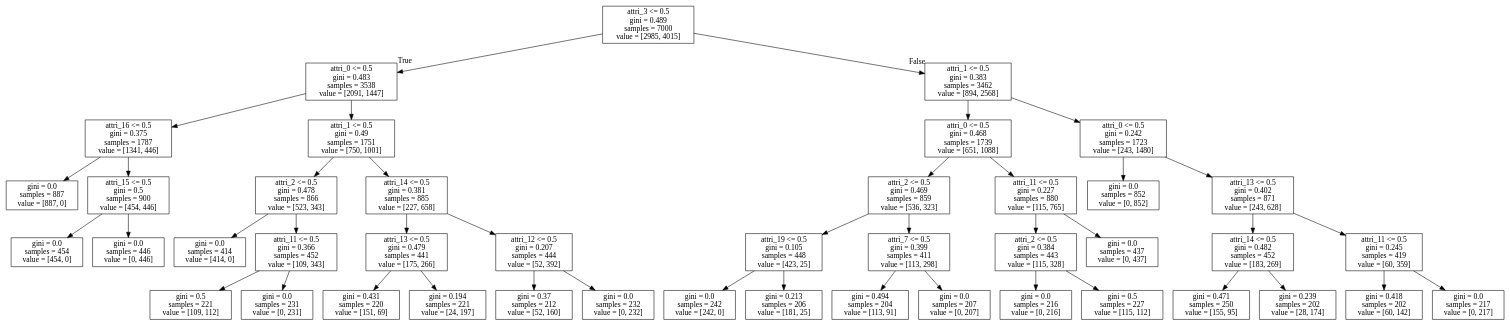
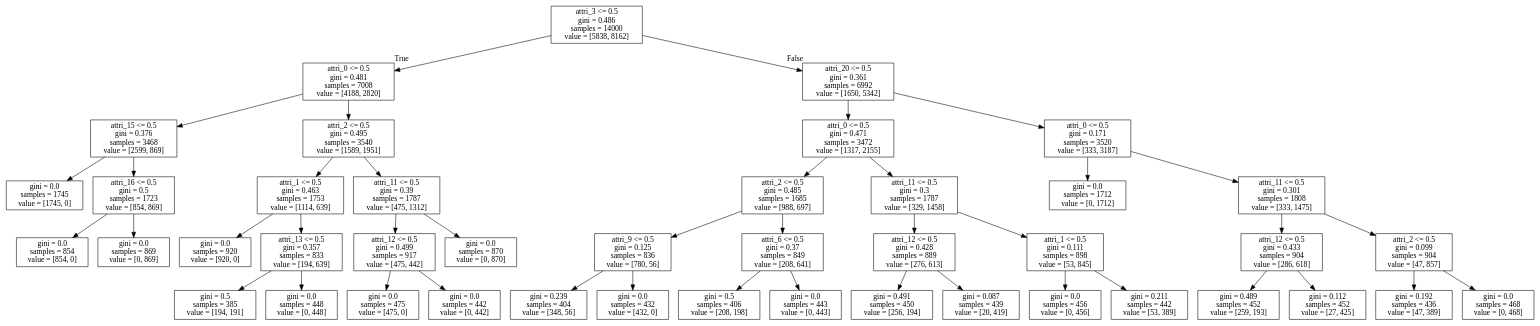
One commit to ElektrischesSchaf/Data_Mining_2019_Projects changed the diagram in Decision_Tree/models/decision_tree_depth5.dot. Above: the diagram before and after it, drawn with Graphviz. The commit also changed 5 other files, not shown here.

```diff
--- a/Decision_Tree/models/decision_tree_depth5.dot
+++ b/Decision_Tree/models/decision_tree_depth5.dot
@@ -1,88 +1,88 @@
 digraph Tree {
 node [shape=box] ;
-0 [label="attri_3 <= 0.5\ngini = 0.489\nsamples = 7000\nvalue = [2985, 4015]"] ;
-1 [label="attri_0 <= 0.5\ngini = 0.483\nsamples = 3538\nvalue = [2091, 1447]"] ;
+0 [label="attri_3 <= 0.5\ngini = 0.486\nsamples = 14000\nvalue = [5838, 8162]"] ;
+1 [label="attri_0 <= 0.5\ngini = 0.481\nsamples = 7008\nvalue = [4188, 2820]"] ;
 0 -> 1 [labeldistance=2.5, labelangle=45, headlabel="True"] ;
-2 [label="attri_16 <= 0.5\ngini = 0.375\nsamples = 1787\nvalue = [1341, 446]"] ;
+2 [label="attri_15 <= 0.5\ngini = 0.376\nsamples = 3468\nvalue = [2599, 869]"] ;
 1 -> 2 ;
-3 [label="gini = 0.0\nsamples = 887\nvalue = [887, 0]"] ;
+3 [label="gini = 0.0\nsamples = 1745\nvalue = [1745, 0]"] ;
 2 -> 3 ;
-4 [label="attri_15 <= 0.5\ngini = 0.5\nsamples = 900\nvalue = [454, 446]"] ;
+4 [label="attri_16 <= 0.5\ngini = 0.5\nsamples = 1723\nvalue = [854, 869]"] ;
 2 -> 4 ;
-5 [label="gini = 0.0\nsamples = 454\nvalue = [454, 0]"] ;
+5 [label="gini = 0.0\nsamples = 854\nvalue = [854, 0]"] ;
 4 -> 5 ;
-6 [label="gini = 0.0\nsamples = 446\nvalue = [0, 446]"] ;
+6 [label="gini = 0.0\nsamples = 869\nvalue = [0, 869]"] ;
 4 -> 6 ;
-7 [label="attri_1 <= 0.5\ngini = 0.49\nsamples = 1751\nvalue = [750, 1001]"] ;
+7 [label="attri_2 <= 0.5\ngini = 0.495\nsamples = 3540\nvalue = [1589, 1951]"] ;
 1 -> 7 ;
-8 [label="attri_2 <= 0.5\ngini = 0.478\nsamples = 866\nvalue = [523, 343]"] ;
+8 [label="attri_1 <= 0.5\ngini = 0.463\nsamples = 1753\nvalue = [1114, 639]"] ;
 7 -> 8 ;
-9 [label="gini = 0.0\nsamples = 414\nvalue = [414, 0]"] ;
+9 [label="gini = 0.0\nsamples = 920\nvalue = [920, 0]"] ;
 8 -> 9 ;
-10 [label="attri_11 <= 0.5\ngini = 0.366\nsamples = 452\nvalue = [109, 343]"] ;
+10 [label="attri_13 <= 0.5\ngini = 0.357\nsamples = 833\nvalue = [194, 639]"] ;
 8 -> 10 ;
-11 [label="gini = 0.5\nsamples = 221\nvalue = [109, 112]"] ;
+11 [label="gini = 0.5\nsamples = 385\nvalue = [194, 191]"] ;
 10 -> 11 ;
-12 [label="gini = 0.0\nsamples = 231\nvalue = [0, 231]"] ;
+12 [label="gini = 0.0\nsamples = 448\nvalue = [0, 448]"] ;
 10 -> 12 ;
-13 [label="attri_14 <= 0.5\ngini = 0.381\nsamples = 885\nvalue = [227, 658]"] ;
+13 [label="attri_11 <= 0.5\ngini = 0.39\nsamples = 1787\nvalue = [475, 1312]"] ;
 7 -> 13 ;
-14 [label="attri_13 <= 0.5\ngini = 0.479\nsamples = 441\nvalue = [175, 266]"] ;
+14 [label="attri_12 <= 0.5\ngini = 0.499\nsamples = 917\nvalue = [475, 442]"] ;
 13 -> 14 ;
-15 [label="gini = 0.431\nsamples = 220\nvalue = [151, 69]"] ;
+15 [label="gini = 0.0\nsamples = 475\nvalue = [475, 0]"] ;
 14 -> 15 ;
-16 [label="gini = 0.194\nsamples = 221\nvalue = [24, 197]"] ;
+16 [label="gini = 0.0\nsamples = 442\nvalue = [0, 442]"] ;
 14 -> 16 ;
-17 [label="attri_12 <= 0.5\ngini = 0.207\nsamples = 444\nvalue = [52, 392]"] ;
+17 [label="gini = 0.0\nsamples = 870\nvalue = [0, 870]"] ;
 13 -> 17 ;
-18 [label="gini = 0.37\nsamples = 212\nvalue = [52, 160]"] ;
-17 -> 18 ;
-19 [label="gini = 0.0\nsamples = 232\nvalue = [0, 232]"] ;
-17 -> 19 ;
-20 [label="attri_1 <= 0.5\ngini = 0.383\nsamples = 3462\nvalue = [894, 2568]"] ;
-0 -> 20 [labeldistance=2.5, labelangle=-45, headlabel="False"] ;
-21 [label="attri_0 <= 0.5\ngini = 0.468\nsamples = 1739\nvalue = [651, 1088]"] ;
+18 [label="attri_20 <= 0.5\ngini = 0.361\nsamples = 6992\nvalue = [1650, 5342]"] ;
+0 -> 18 [labeldistance=2.5, labelangle=-45, headlabel="False"] ;
+19 [label="attri_0 <= 0.5\ngini = 0.471\nsamples = 3472\nvalue = [1317, 2155]"] ;
+18 -> 19 ;
+20 [label="attri_2 <= 0.5\ngini = 0.485\nsamples = 1685\nvalue = [988, 697]"] ;
+19 -> 20 ;
+21 [label="attri_9 <= 0.5\ngini = 0.125\nsamples = 836\nvalue = [780, 56]"] ;
 20 -> 21 ;
-22 [label="attri_2 <= 0.5\ngini = 0.469\nsamples = 859\nvalue = [536, 323]"] ;
+22 [label="gini = 0.239\nsamples = 404\nvalue = [348, 56]"] ;
 21 -> 22 ;
-23 [label="attri_19 <= 0.5\ngini = 0.105\nsamples = 448\nvalue = [423, 25]"] ;
-22 -> 23 ;
-24 [label="gini = 0.0\nsamples = 242\nvalue = [242, 0]"] ;
-23 -> 24 ;
-25 [label="gini = 0.213\nsamples = 206\nvalue = [181, 25]"] ;
-23 -> 25 ;
-26 [label="attri_7 <= 0.5\ngini = 0.399\nsamples = 411\nvalue = [113, 298]"] ;
-22 -> 26 ;
-27 [label="gini = 0.494\nsamples = 204\nvalue = [113, 91]"] ;
-26 -> 27 ;
-28 [label="gini = 0.0\nsamples = 207\nvalue = [0, 207]"] ;
-26 -> 28 ;
-29 [label="attri_11 <= 0.5\ngini = 0.227\nsamples = 880\nvalue = [115, 765]"] ;
-21 -> 29 ;
-30 [label="attri_2 <= 0.5\ngini = 0.384\nsamples = 443\nvalue = [115, 328]"] ;
-29 -> 30 ;
-31 [label="gini = 0.0\nsamples = 216\nvalue = [0, 216]"] ;
-30 -> 31 ;
-32 [label="gini = 0.5\nsamples = 227\nvalue = [115, 112]"] ;
-30 -> 32 ;
-33 [label="gini = 0.0\nsamples = 437\nvalue = [0, 437]"] ;
-29 -> 33 ;
-34 [label="attri_0 <= 0.5\ngini = 0.242\nsamples = 1723\nvalue = [243, 1480]"] ;
-20 -> 34 ;
-35 [label="gini = 0.0\nsamples = 852\nvalue = [0, 852]"] ;
+23 [label="gini = 0.0\nsamples = 432\nvalue = [432, 0]"] ;
+21 -> 23 ;
+24 [label="attri_6 <= 0.5\ngini = 0.37\nsamples = 849\nvalue = [208, 641]"] ;
+20 -> 24 ;
+25 [label="gini = 0.5\nsamples = 406\nvalue = [208, 198]"] ;
+24 -> 25 ;
+26 [label="gini = 0.0\nsamples = 443\nvalue = [0, 443]"] ;
+24 -> 26 ;
+27 [label="attri_11 <= 0.5\ngini = 0.3\nsamples = 1787\nvalue = [329, 1458]"] ;
+19 -> 27 ;
+28 [label="attri_12 <= 0.5\ngini = 0.428\nsamples = 889\nvalue = [276, 613]"] ;
+27 -> 28 ;
+29 [label="gini = 0.491\nsamples = 450\nvalue = [256, 194]"] ;
+28 -> 29 ;
+30 [label="gini = 0.087\nsamples = 439\nvalue = [20, 419]"] ;
+28 -> 30 ;
+31 [label="attri_1 <= 0.5\ngini = 0.111\nsamples = 898\nvalue = [53, 845]"] ;
+27 -> 31 ;
+32 [label="gini = 0.0\nsamples = 456\nvalue = [0, 456]"] ;
+31 -> 32 ;
+33 [label="gini = 0.211\nsamples = 442\nvalue = [53, 389]"] ;
+31 -> 33 ;
+34 [label="attri_0 <= 0.5\ngini = 0.171\nsamples = 3520\nvalue = [333, 3187]"] ;
+18 -> 34 ;
+35 [label="gini = 0.0\nsamples = 1712\nvalue = [0, 1712]"] ;
 34 -> 35 ;
-36 [label="attri_13 <= 0.5\ngini = 0.402\nsamples = 871\nvalue = [243, 628]"] ;
+36 [label="attri_11 <= 0.5\ngini = 0.301\nsamples = 1808\nvalue = [333, 1475]"] ;
 34 -> 36 ;
-37 [label="attri_14 <= 0.5\ngini = 0.482\nsamples = 452\nvalue = [183, 269]"] ;
+37 [label="attri_12 <= 0.5\ngini = 0.433\nsamples = 904\nvalue = [286, 618]"] ;
 36 -> 37 ;
-38 [label="gini = 0.471\nsamples = 250\nvalue = [155, 95]"] ;
+38 [label="gini = 0.489\nsamples = 452\nvalue = [259, 193]"] ;
 37 -> 38 ;
-39 [label="gini = 0.239\nsamples = 202\nvalue = [28, 174]"] ;
+39 [label="gini = 0.112\nsamples = 452\nvalue = [27, 425]"] ;
 37 -> 39 ;
-40 [label="attri_11 <= 0.5\ngini = 0.245\nsamples = 419\nvalue = [60, 359]"] ;
+40 [label="attri_2 <= 0.5\ngini = 0.099\nsamples = 904\nvalue = [47, 857]"] ;
 36 -> 40 ;
-41 [label="gini = 0.418\nsamples = 202\nvalue = [60, 142]"] ;
+41 [label="gini = 0.192\nsamples = 436\nvalue = [47, 389]"] ;
 40 -> 41 ;
-42 [label="gini = 0.0\nsamples = 217\nvalue = [0, 217]"] ;
+42 [label="gini = 0.0\nsamples = 468\nvalue = [0, 468]"] ;
 40 -> 42 ;
 }
```
